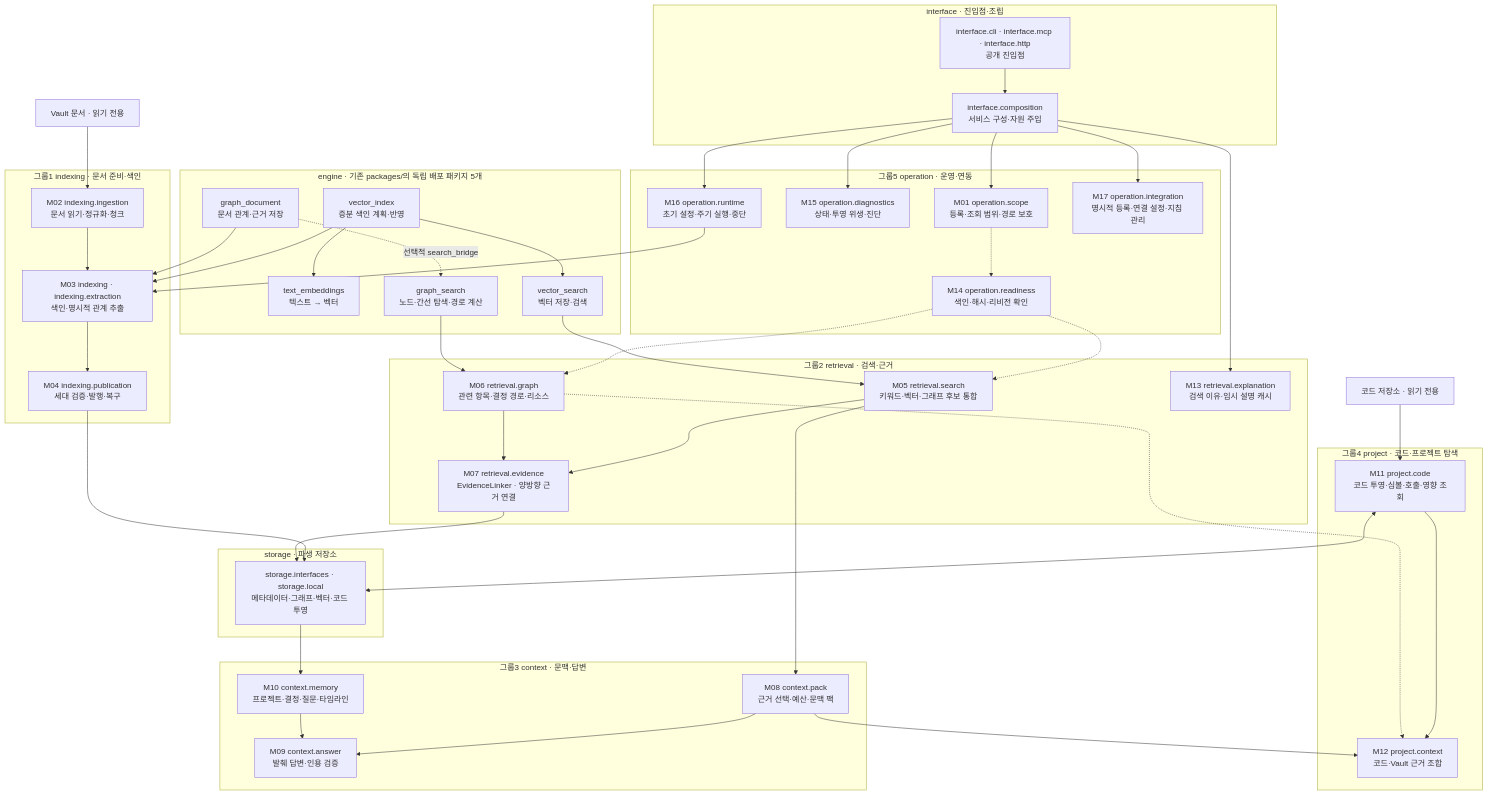
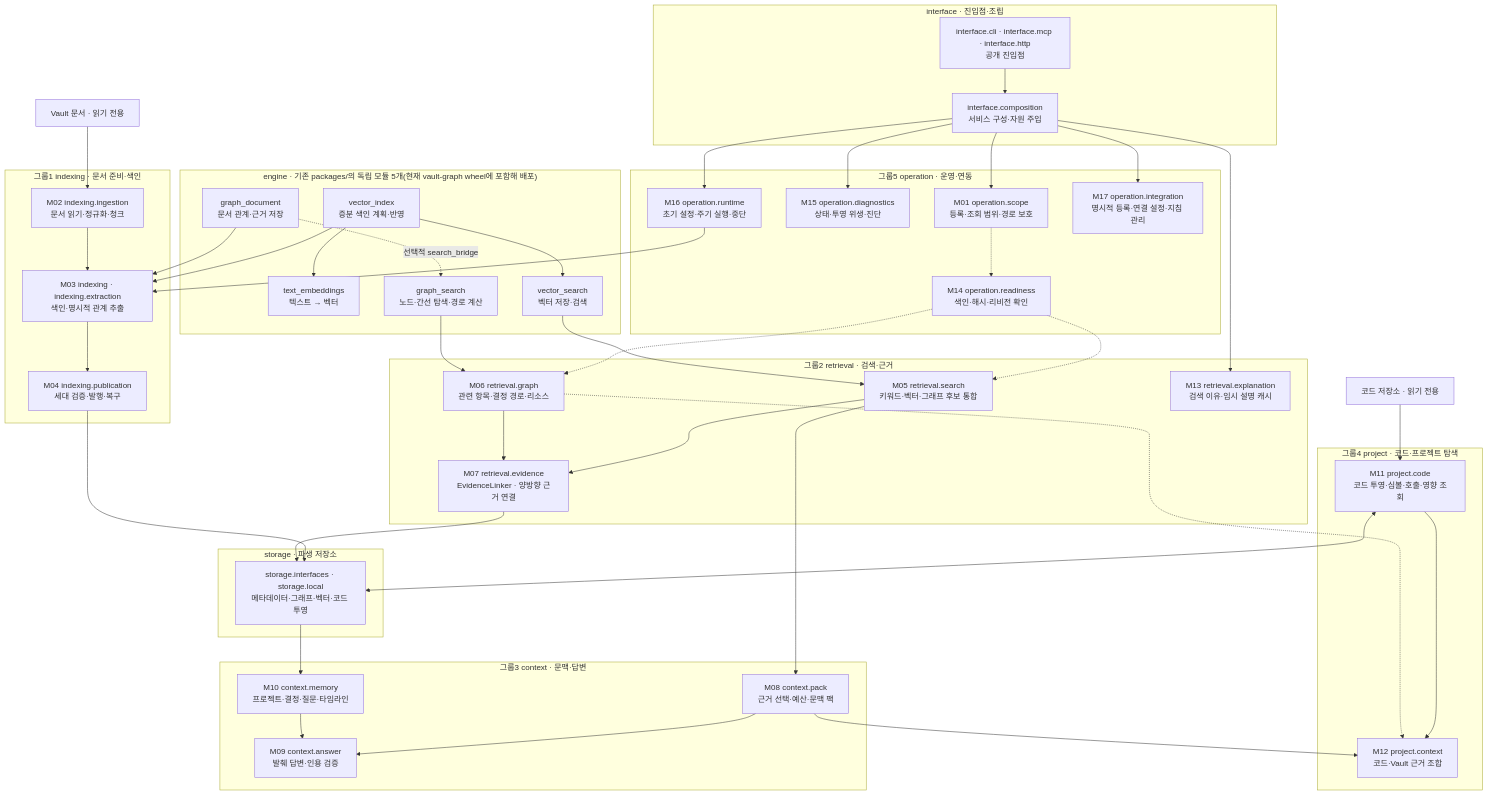
The diagram in docs/ARCHITECTURE.md (cutehackers/vault-graph), drawn with Mermaid before and after one commit. The commit also changed other lines of this file and 17 other files, not shown here.

Commit message:
build: 모듈 5개를 vault-graph wheel에 포함해 단일 패키지로 배포

```diff
--- a/docs/ARCHITECTURE.md
+++ b/docs/ARCHITECTURE.md
@@ -129,7 +129,7 @@
         DATA["storage.interfaces · storage.local<br/>메타데이터·그래프·벡터·코드 투영"]
     end
 
-    subgraph PACKAGES["engine · 기존 packages/의 독립 배포 패키지 5개"]
+    subgraph PACKAGES["engine · 기존 packages/의 독립 모듈 5개(현재 vault-graph wheel에 포함해 배포)"]
         TE["text_embeddings<br/>텍스트 → 벡터"]
         VS["vector_search<br/>벡터 저장·검색"]
         VI["vector_index<br/>증분 색인 계획·반영"]
```
